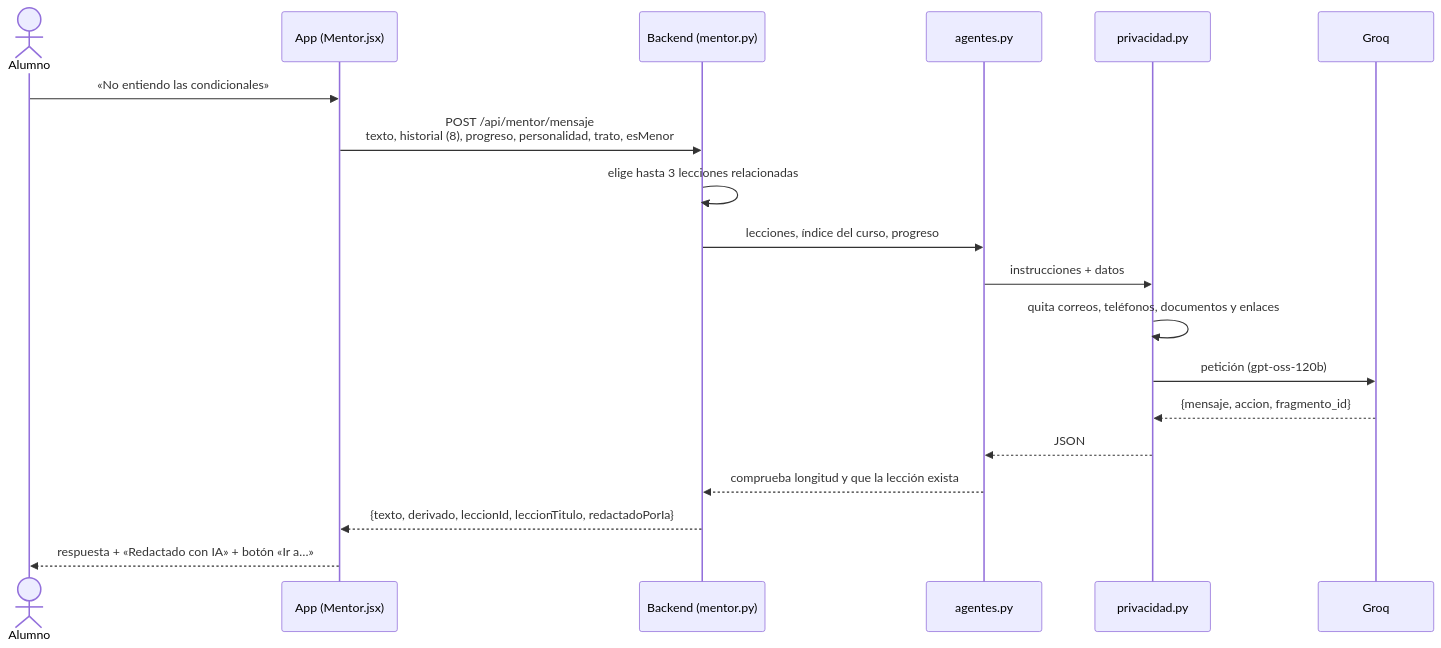
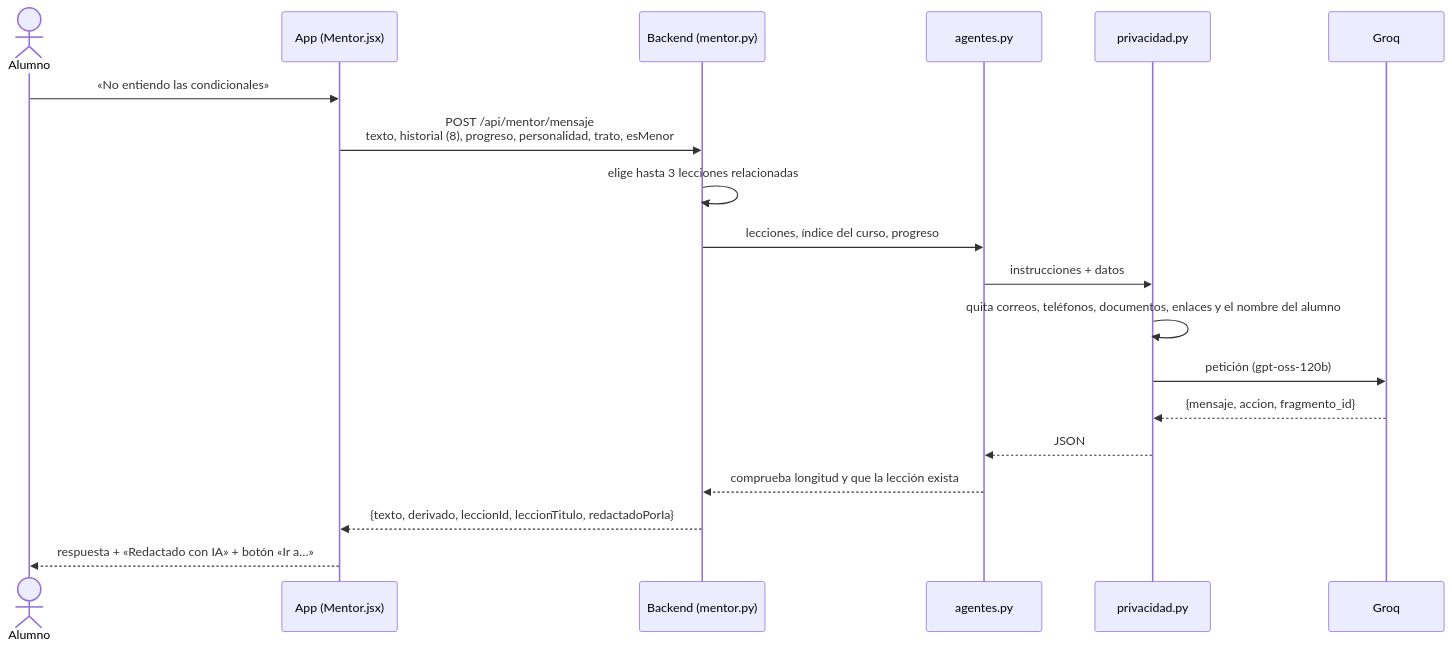
Before and after one commit to Daniel-al435456/Reto480EquipoC: the fourth of 5 diagrams in docs/ia.md, drawn with Mermaid. The commit also changed other lines of this file and 21 other files, not shown here.

First line of the commit message:
feat(backend): guarda la cuenta del alumno en la base de datos

````diff
--- a/docs/ia.md
+++ b/docs/ia.md
@@ -81,21 +81,21 @@
 ```mermaid
 sequenceDiagram
   actor Alumno
   participant App as App (Mentor.jsx)
   participant API as Backend (mentor.py)
   participant Ag as agentes.py
   participant Pr as privacidad.py
   participant G as Groq
   Alumno->>App: «No entiendo las condicionales»
   App->>API: POST /api/mentor/mensaje<br/>texto, historial (8), progreso, personalidad, trato, esMenor
   API->>API: elige hasta 3 lecciones relacionadas
   API->>Ag: lecciones, índice del curso, progreso
   Ag->>Pr: instrucciones + datos
-  Pr->>Pr: quita correos, teléfonos, documentos y enlaces
+  Pr->>Pr: quita correos, teléfonos, documentos, enlaces y el nombre del alumno
   Pr->>G: petición (gpt-oss-120b)
   G-->>Pr: {mensaje, accion, fragmento_id}
   Pr-->>Ag: JSON
   Ag-->>API: comprueba longitud y que la lección exista
   API-->>App: {texto, derivado, leccionId, leccionTitulo, redactadoPorIa}
   App-->>Alumno: respuesta + «Redactado con IA» + botón «Ir a…»
 ```
````
